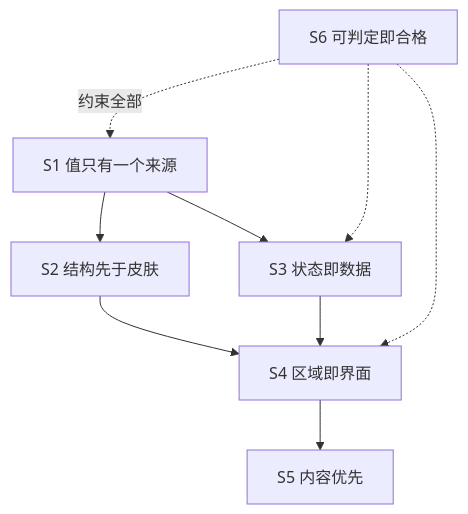
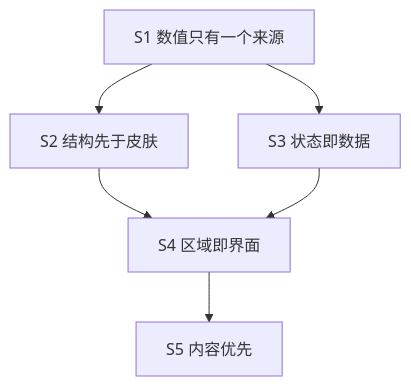
One commit to xknife-erian/ImageLyre changed the diagram in docs/design/lukan/DESIGN-0004-architecture-principles.md. Above: the diagram before and after it, drawn with Mermaid. The commit also changed other lines of this file and 3 other files, not shown here.

````diff
--- a/docs/design/lukan/DESIGN-0004-architecture-principles.md
+++ b/docs/design/lukan/DESIGN-0004-architecture-principles.md
@@ -55,11 +56,8 @@
 ```mermaid
 flowchart TD
-    S1["S1 值只有一个来源"] --> S2["S2 结构先于皮肤"]
+    S1["S1 数值只有一个来源"] --> S2["S2 结构先于皮肤"]
     S1 --> S3["S3 状态即数据"]
     S2 --> S4["S4 区域即界面"]
     S3 --> S4
     S4 --> S5["S5 内容优先"]
-    S6["S6 可判定即合格"] -.约束全部.-> S1
-    S6 -.-> S3
-    S6 -.-> S4
 ```
````
